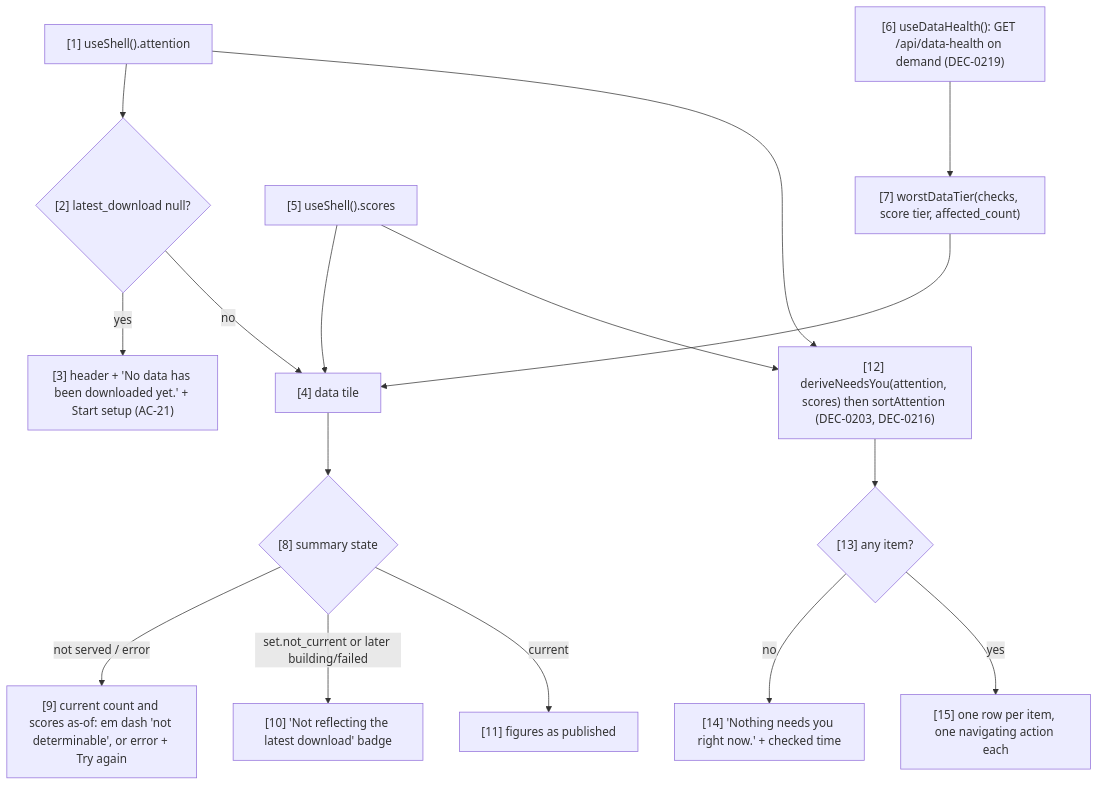
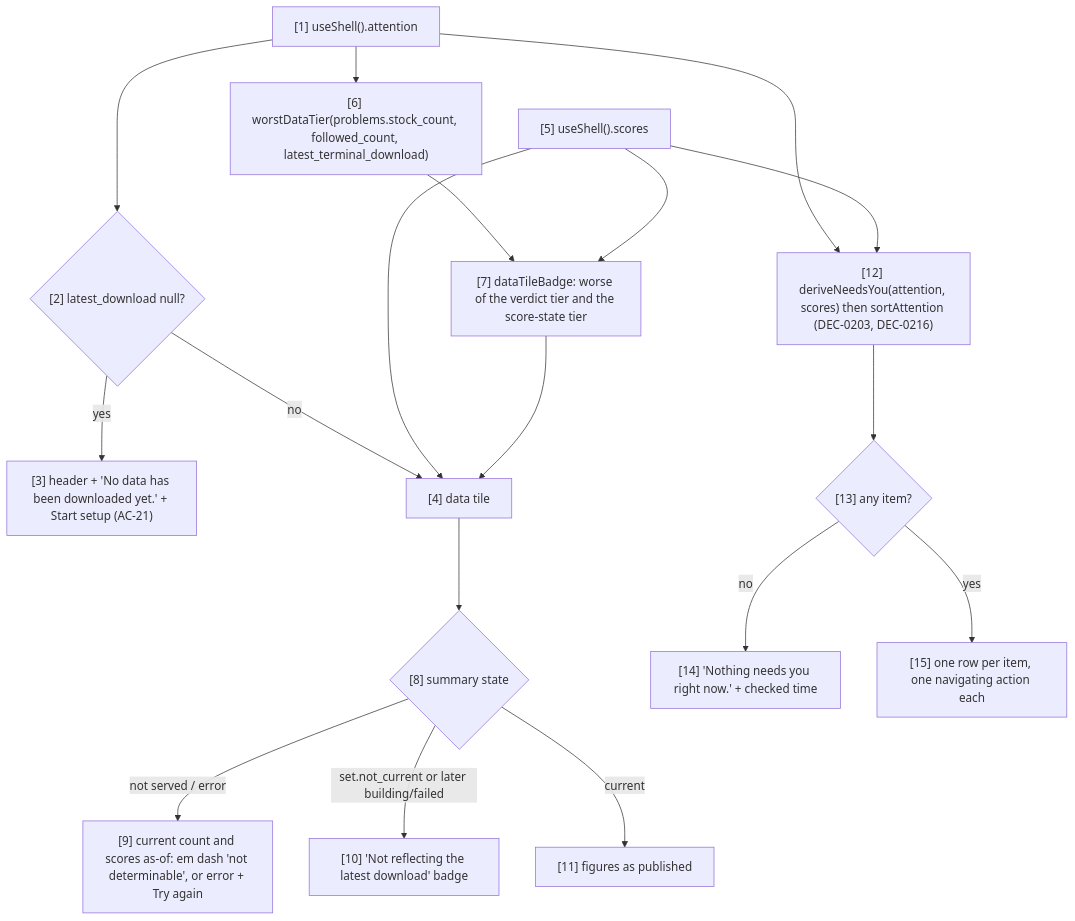
One commit to ajodraca/FactorFlow-v2 changed the diagram in docs/capabilities/CAP-003-app-shell-and-data-health/design/component-design-home-ui.md. Above: the diagram before and after it, drawn with Mermaid. The commit also changed other lines of this file and 12 other files, not shown here.

````diff
--- a/docs/capabilities/CAP-003-app-shell-and-data-health/design/component-design-home-ui.md
+++ b/docs/capabilities/CAP-003-app-shell-and-data-health/design/component-design-home-ui.md
@@ -100,18 +104,20 @@
 ```mermaid
 flowchart TD
     A["[1] useShell().attention"] --> E{"[2] latest_download null?"}
     E -- yes --> EMPTY["[3] header + 'No data has been downloaded yet.' + Start setup (AC-21)"]
     E -- no --> T["[4] data tile"]
     S["[5] useShell().scores"] --> T
-    DH["[6] useDataHealth(): GET /api/data-health on demand (DEC-0219)"] --> B["[7] worstDataTier(checks, score tier, affected_count)"]
-    B --> T
+    A --> B["[6] worstDataTier(problems.stock_count, followed_count, latest_terminal_download)"]
+    B --> DB["[7] dataTileBadge: worse of the verdict tier and the score-state tier"]
+    S --> DB
+    DB --> T
     T --> T1{"[8] summary state"}
     T1 -- "not served / error" --> T2["[9] current count and scores as-of: em dash 'not determinable', or error + Try again"]
     T1 -- "set.not_current or later building/failed" --> T3["[10] 'Not reflecting the latest download' badge"]
     T1 -- "current" --> T4["[11] figures as published"]
     A --> N["[12] deriveNeedsYou(attention, scores) then sortAttention (DEC-0203, DEC-0216)"]
     S --> N
     N --> N1{"[13] any item?"}
     N1 -- no --> N2["[14] 'Nothing needs you right now.' + checked time"]
     N1 -- yes --> N3["[15] one row per item, one navigating action each"]
 ```
````
